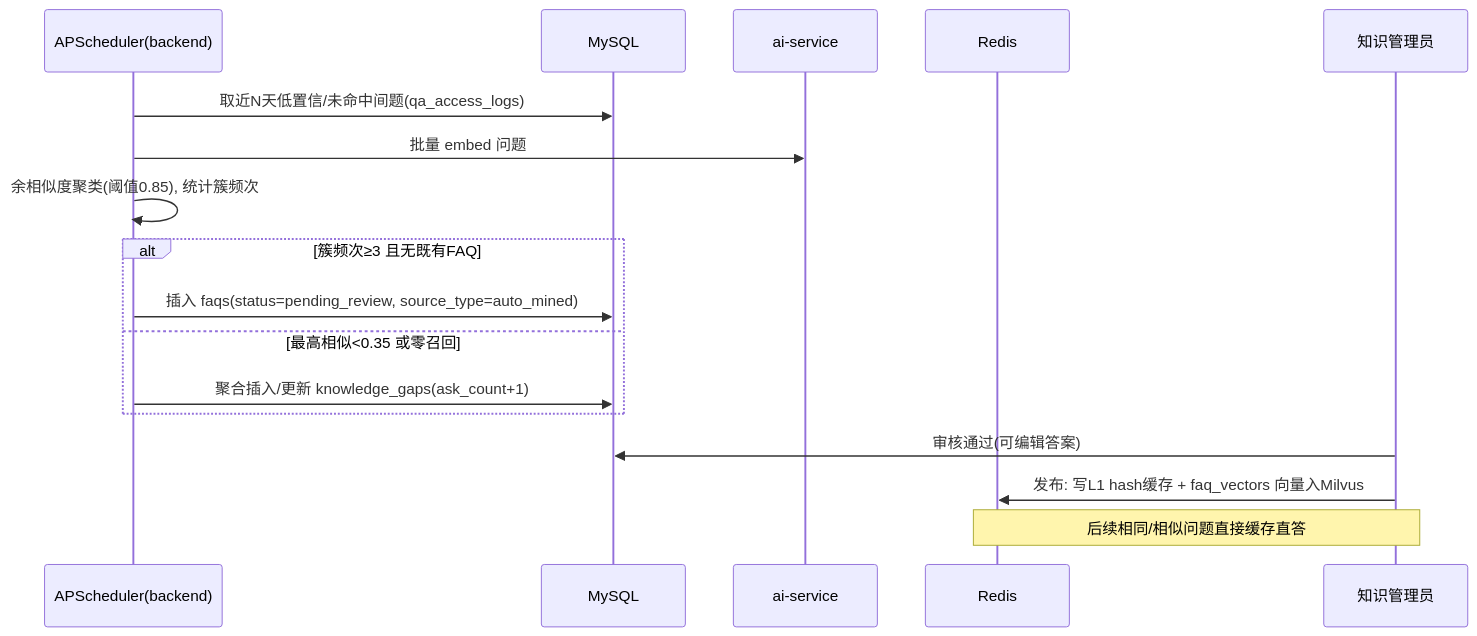
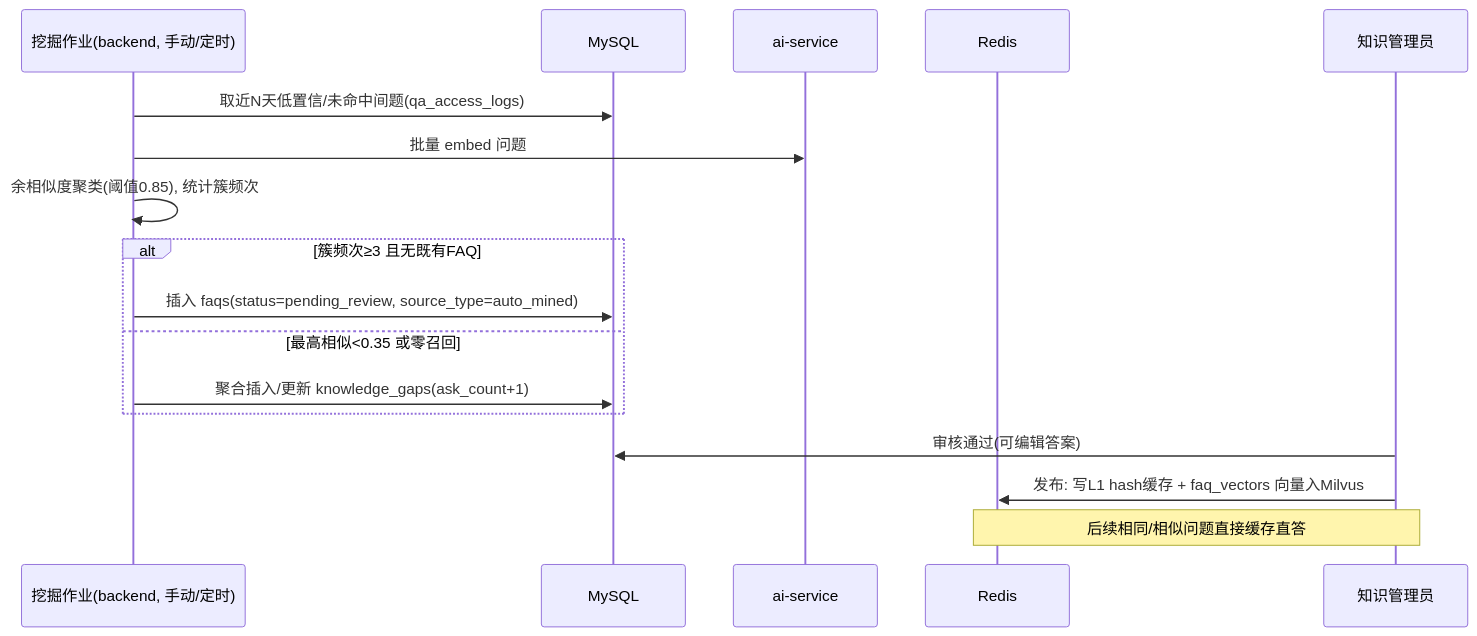
Before and after one commit to nobodycare-no/kb-platform: the fifth of 5 diagrams in docs/sdd/SDD.md, drawn with Mermaid. The commit also changed other lines of this file and 4 other files, not shown here.

````diff
--- a/docs/sdd/SDD.md
+++ b/docs/sdd/SDD.md
@@ -204,20 +216,20 @@
 ```mermaid
 sequenceDiagram
-    participant SCH as APScheduler(backend)
+    participant SCH as 挖掘作业(backend, 手动/定时)
     participant MY as MySQL
     participant AIS as ai-service
     participant RD as Redis
     participant ADM as 知识管理员
 
     SCH->>MY: 取近N天低置信/未命中间题(qa_access_logs)
     SCH->>AIS: 批量 embed 问题
     SCH->>SCH: 余相似度聚类(阈值0.85), 统计簇频次
     alt 簇频次≥3 且无既有FAQ
         SCH->>MY: 插入 faqs(status=pending_review, source_type=auto_mined)
     else 最高相似<0.35 或零召回
         SCH->>MY: 聚合插入/更新 knowledge_gaps(ask_count+1)
     end
     ADM->>MY: 审核通过(可编辑答案)
     ADM->>RD: 发布: 写L1 hash缓存 + faq_vectors 向量入Milvus
     Note over ADM,RD: 后续相同/相似问题直接缓存直答
 ```
````
